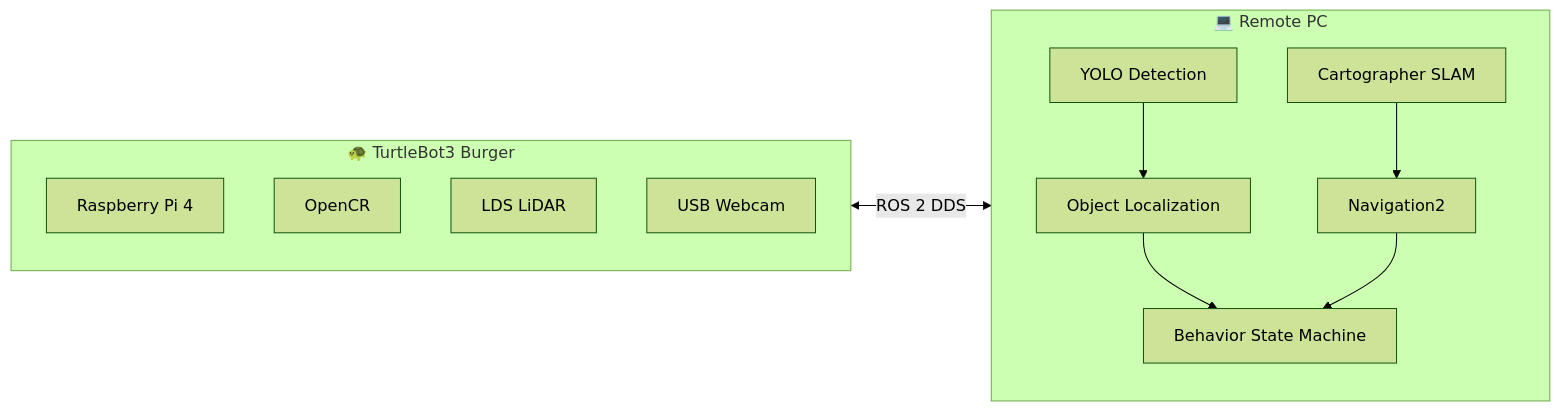
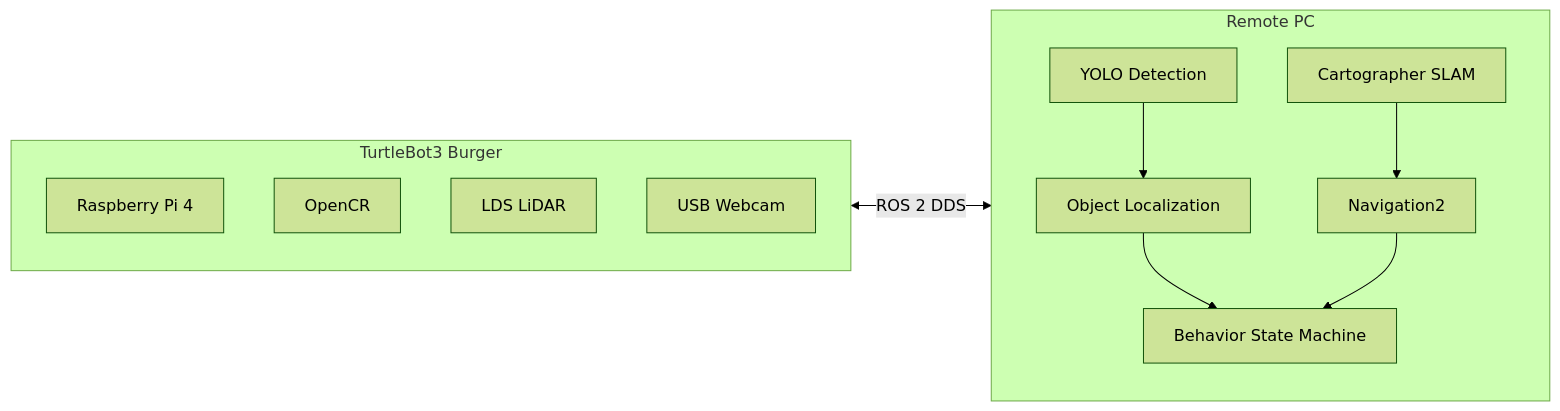
Before and after one commit to jjy020302/Nav2gather: the diagram in README.md, drawn with Mermaid (forest theme). The commit also changed other lines of this file, not shown here.

````diff
--- a/README.md
+++ b/README.md
@@ -81,24 +71,24 @@
 ```mermaid
 flowchart LR
-    subgraph PC["💻 Remote PC"]
+    subgraph PC[Remote PC]
         direction TB
         CARTO[Cartographer SLAM]
         NAV2[Navigation2]
         YOLO[YOLO Detection]
         LOC[Object Localization]
         BHV[Behavior State Machine]
 
         YOLO --> LOC --> BHV
         CARTO --> NAV2 --> BHV
     end
 
-    subgraph TB3["🐢 TurtleBot3 Burger"]
+    subgraph TB3[TurtleBot3 Burger]
         direction TB
         PI[Raspberry Pi 4]
         OPENCR[OpenCR]
         LIDAR[LDS LiDAR]
         CAM[USB Webcam]
     end
 
     TB3 <-->|ROS 2 DDS| PC
 ```
````
